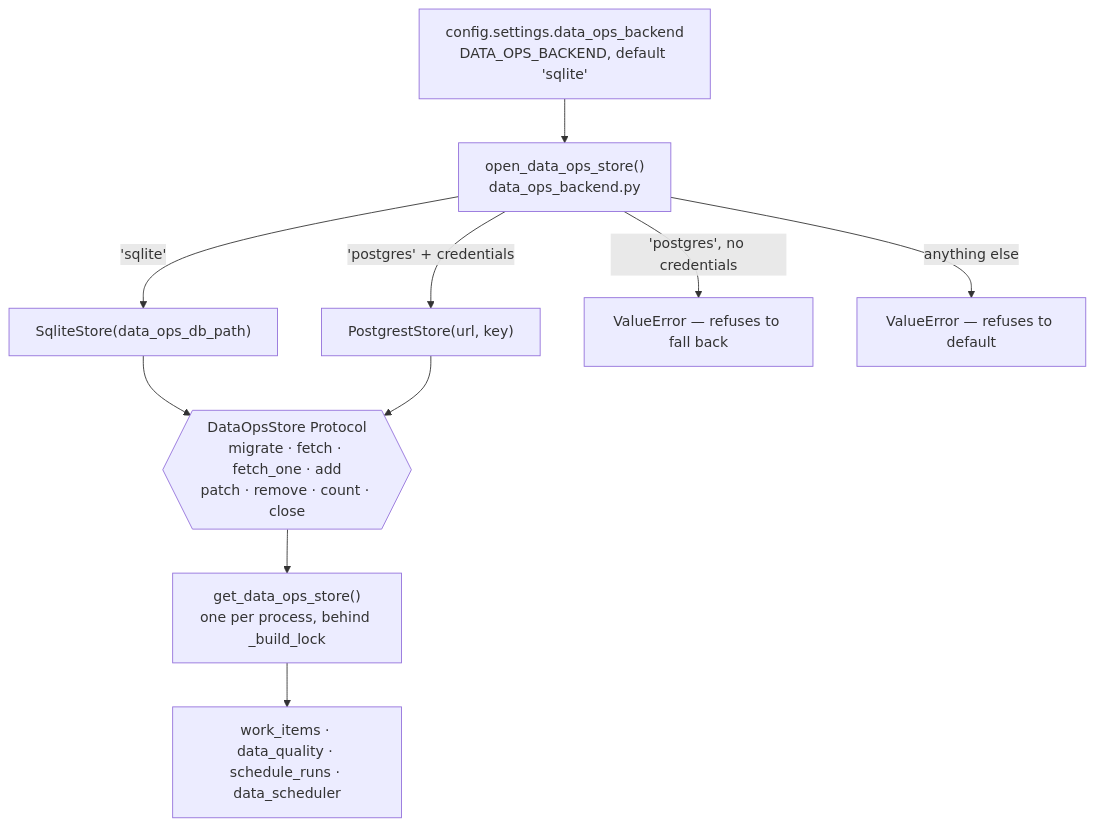
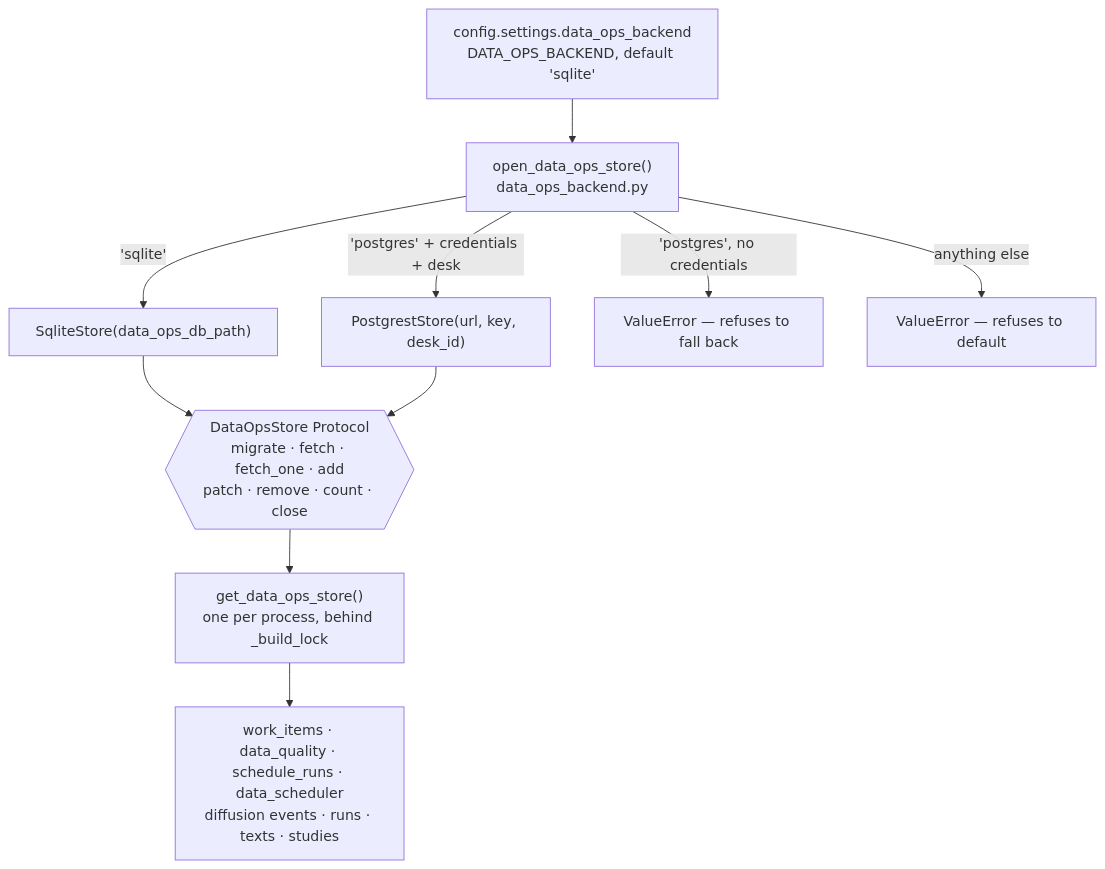
The diagram in docs/architecture/DATA_OPS_BACKEND.md (Manutd1234/AlphaEngine), drawn with Mermaid before and after one commit. The commit also changed other lines of this file, not shown here.

````diff
--- a/docs/architecture/DATA_OPS_BACKEND.md
+++ b/docs/architecture/DATA_OPS_BACKEND.md
@@ -43,13 +65,13 @@
 ```mermaid
 flowchart TD
     CFG["config.settings.data_ops_backend<br/>DATA_OPS_BACKEND, default 'sqlite'"]
     CFG --> FACTORY["open_data_ops_store()<br/>data_ops_backend.py"]
     FACTORY -->|"'sqlite'"| SQL["SqliteStore(data_ops_db_path)"]
-    FACTORY -->|"'postgres' + credentials"| PG["PostgrestStore(url, key)"]
+    FACTORY -->|"'postgres' + credentials + desk"| PG["PostgrestStore(url, key, desk_id)"]
     FACTORY -->|"'postgres', no credentials"| RAISE["ValueError — refuses to fall back"]
     FACTORY -->|"anything else"| RAISE2["ValueError — refuses to default"]
     SQL --> PROTO{{"DataOpsStore Protocol<br/>migrate · fetch · fetch_one · add<br/>patch · remove · count · close"}}
     PG --> PROTO
     PROTO --> CACHE["get_data_ops_store()<br/>one per process, behind _build_lock"]
-    CACHE --> USERS["work_items · data_quality · schedule_runs · data_scheduler"]
+    CACHE --> USERS["work_items · data_quality · schedule_runs · data_scheduler<br/>diffusion events · runs · texts · studies"]
 ```
````
